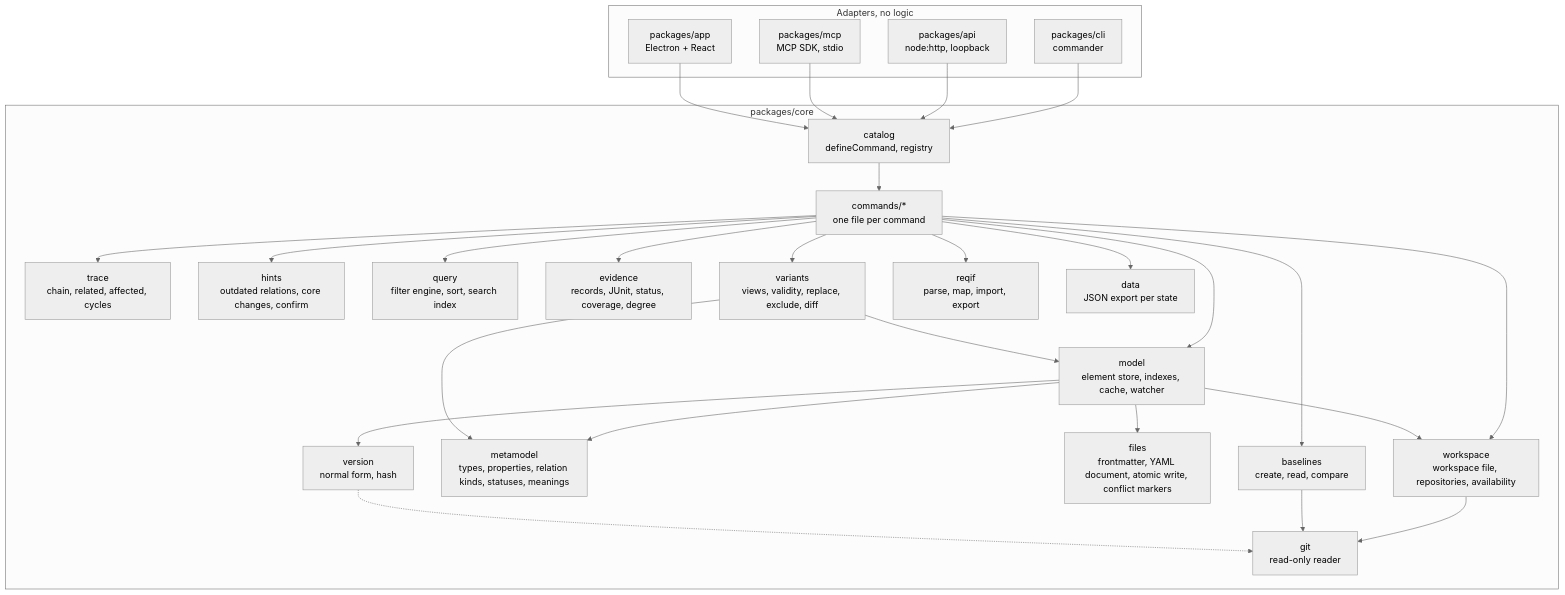
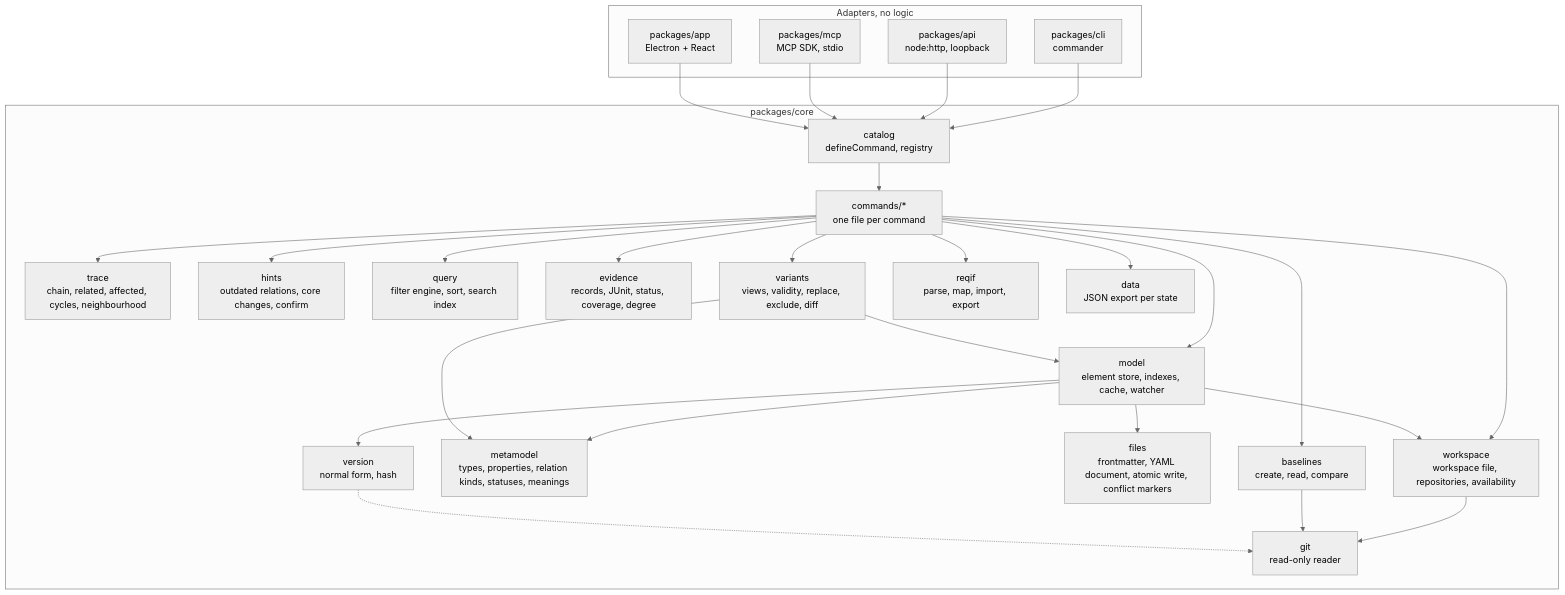
One commit to ThomasBirkmaier/ReqSeq changed the second of 4 diagrams in docs/architecture/README.md. Above: the diagram before and after it, drawn with Mermaid (neutral theme). The commit also changed 34 other files, not shown here.

First line of the commit message:
feat(core): trace.neighbourhood command for the surroundings of an element (logreq#426)

````diff
--- a/docs/architecture/README.md
+++ b/docs/architecture/README.md
@@ -80,35 +80,35 @@
 ```mermaid
 flowchart TB
   subgraph adapters[Adapters, no logic]
     cli[packages/cli<br/>commander]
     api[packages/api<br/>node:http, loopback]
     mcp[packages/mcp<br/>MCP SDK, stdio]
     app[packages/app<br/>Electron + React]
   end
   subgraph core[packages/core]
     catalog[catalog<br/>defineCommand, registry]
     commands[commands/*<br/>one file per command]
     ws[workspace<br/>workspace file, repositories, availability]
     mm[metamodel<br/>types, properties, relation kinds, statuses, meanings]
     files[files<br/>frontmatter, YAML document, atomic write, conflict markers]
     model[model<br/>element store, indexes, cache, watcher]
     version[version<br/>normal form, hash]
-    trace[trace<br/>chain, related, affected, cycles]
+    trace[trace<br/>chain, related, affected, cycles, neighbourhood]
     hints[hints<br/>outdated relations, core changes, confirm]
     query[query<br/>filter engine, sort, search index]
     evidence[evidence<br/>records, JUnit, status, coverage, degree]
     variants[variants<br/>views, validity, replace, exclude, diff]
     baselines[baselines<br/>create, read, compare]
     reqif[reqif<br/>parse, map, import, export]
     data[data<br/>JSON export per state]
     git[git<br/>read-only reader]
   end
   cli & api & mcp & app --> catalog
   catalog --> commands
   commands --> ws & model & trace & hints & query & evidence & variants & baselines & reqif & data
   model --> files & version & mm & ws
   variants --> model & mm
   ws --> git
   baselines --> git
   version -.-> git
 ```
````
